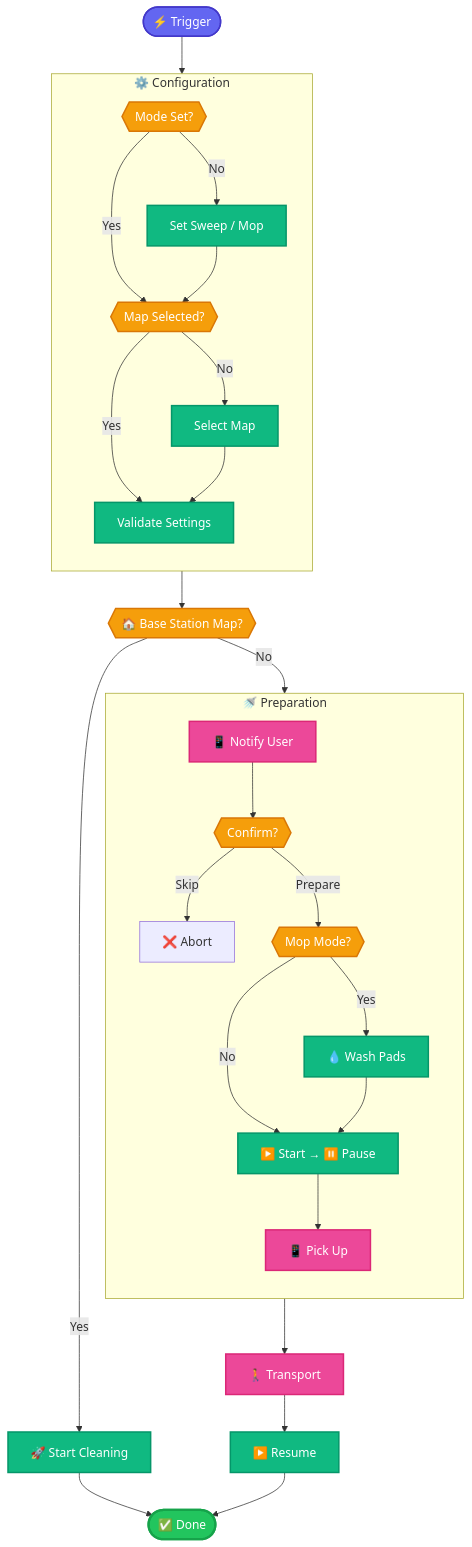
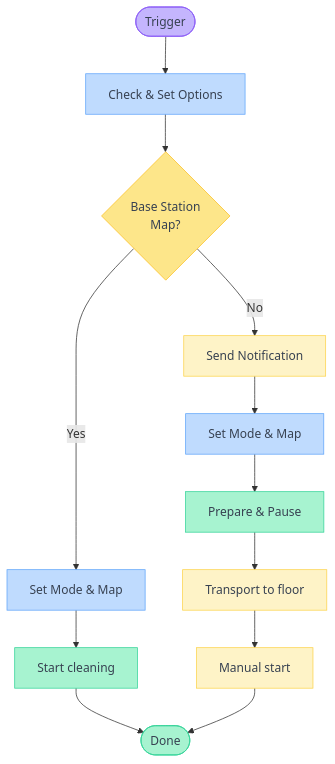
The diagram in README.md (errormastern/dreame-multifloor-control), drawn with Mermaid before and after one commit. The commit also changed other lines of this file, not shown here.

Commit message:
docs: redesign workflow diagram and improve formatting

````diff
--- a/README.md
+++ b/README.md
@@ -53,54 +53,28 @@
 ```mermaid
 flowchart TB
-    %% Styling
-    classDef trigger fill:#6366f1,stroke:#4338ca,color:#fff,stroke-width:2px
-    classDef decision fill:#f59e0b,stroke:#d97706,color:#fff,stroke-width:2px
-    classDef action fill:#10b981,stroke:#059669,color:#fff,stroke-width:2px
-    classDef user fill:#ec4899,stroke:#db2777,color:#fff,stroke-width:2px
-    classDef success fill:#22c55e,stroke:#16a34a,color:#fff,stroke-width:3px
+    A([Trigger]) --> A2[Check & Set Options]
+    A2 --> B{Base Station<br>Map?}
 
-    %% Main Flow
-    START(["⚡ Trigger"]):::trigger
-    START --> MODE
+    B -->|Yes| C[Set Mode & Map]
+    C --> C2[Start cleaning]
+    C2 --> D([Done])
 
-    subgraph CONFIG [" ⚙️ Configuration "]
-        direction TB
-        MODE{{"Mode Set?"}}:::decision
-        MODE -->|No| SETMODE["Set Sweep / Mop"]:::action
-        MODE -->|Yes| MAP
-        SETMODE --> MAP
-        MAP{{"Map Selected?"}}:::decision
-        MAP -->|No| SETMAP["Select Map"]:::action
-        MAP -->|Yes| CHECK
-        SETMAP --> CHECK
-        CHECK["Validate Settings"]:::action
-    end
+    B -->|No| F[Send Notification]
+    F --> E[Set Mode & Map]
+    E --> G[Prepare & Pause]
+    G --> H[Transport to floor]
+    H --> I[Manual start]
+    I --> D
 
-    CHECK --> BASE
-    BASE{{"🏠 Base Station Map?"}}:::decision
-
-    %% Direct Path
-    BASE -->|Yes| DIRECT["🚀 Start Cleaning"]:::action
-    DIRECT --> DONE(["✅ Done"]):::success
-
-    %% Preparation Path
-    BASE -->|No| PREP
-
-    subgraph PREP [" 🚿 Preparation "]
-        direction TB
-        NOTIFY1["📱 Notify User"]:::user
-        NOTIFY1 --> CONFIRM{{"Confirm?"}}:::decision
-        CONFIRM -->|Skip| ABORT["❌ Abort"]
-        CONFIRM -->|Prepare| WASH
-        WASH{{"Mop Mode?"}}:::decision
-        WASH -->|Yes| MOPWASH["💧 Wash Pads"]:::action
-        WASH -->|No| STARTPAUSE
-        MOPWASH --> STARTPAUSE
-        STARTPAUSE["▶️ Start → ⏸️ Pause"]:::action
-        STARTPAUSE --> NOTIFY2["📱 Pick Up"]:::user
-    end
-
-    NOTIFY2 --> TRANSPORT["🚶 Transport"]:::user
-    TRANSPORT --> RESUME["▶️ Resume"]:::action
-    RESUME --> DONE
+    style A fill:#c4b5fd,stroke:#8b5cf6,color:#374151
+    style A2 fill:#bfdbfe,stroke:#60a5fa,color:#374151
+    style B fill:#fde68a,stroke:#fbbf24,color:#374151
+    style C fill:#bfdbfe,stroke:#60a5fa,color:#374151
+    style C2 fill:#a7f3d0,stroke:#34d399,color:#374151
+    style D fill:#a7f3d0,stroke:#34d399,color:#374151
+    style E fill:#bfdbfe,stroke:#60a5fa,color:#374151
+    style F fill:#fef3c7,stroke:#fcd34d,color:#374151
+    style G fill:#a7f3d0,stroke:#34d399,color:#374151
+    style H fill:#fef3c7,stroke:#fcd34d,color:#374151
+    style I fill:#fef3c7,stroke:#fcd34d,color:#374151
 ```
````
